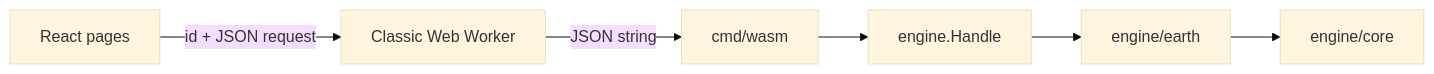
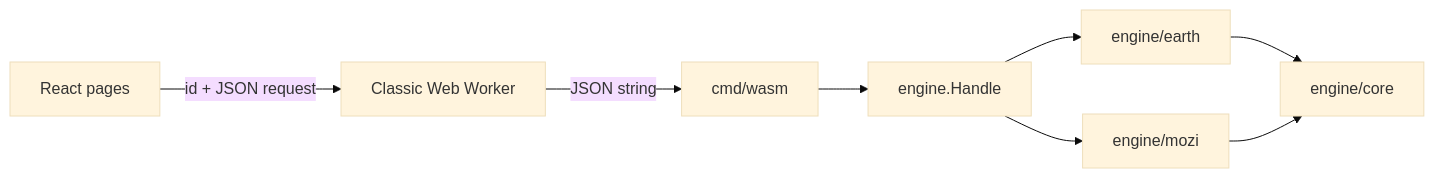
The diagram in docs/architecture.md (iwvelando/three-body-simulations), drawn with Mermaid (base theme) before and after one commit. The commit also changed other lines of this file and 31 other files, not shown here.

````diff
--- a/docs/architecture.md
+++ b/docs/architecture.md
@@ -5,8 +5,10 @@
 ```mermaid
 flowchart LR
   UI[React pages] -->|id + JSON request| Worker[Classic Web Worker]
   Worker -->|JSON string| WASM[cmd/wasm]
   WASM --> API[engine.Handle]
   API --> Earth[engine/earth]
+  API --> Mozi[engine/mozi]
   Earth --> Core[engine/core]
+  Mozi --> Core
 ```
````
